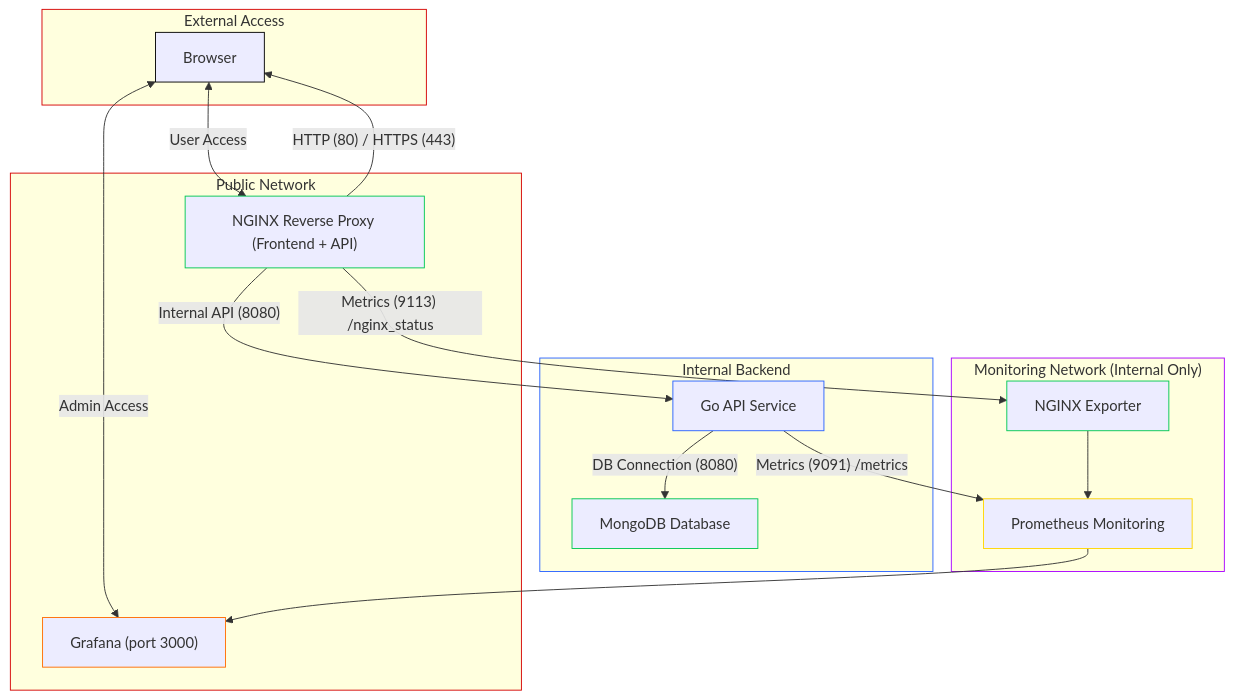
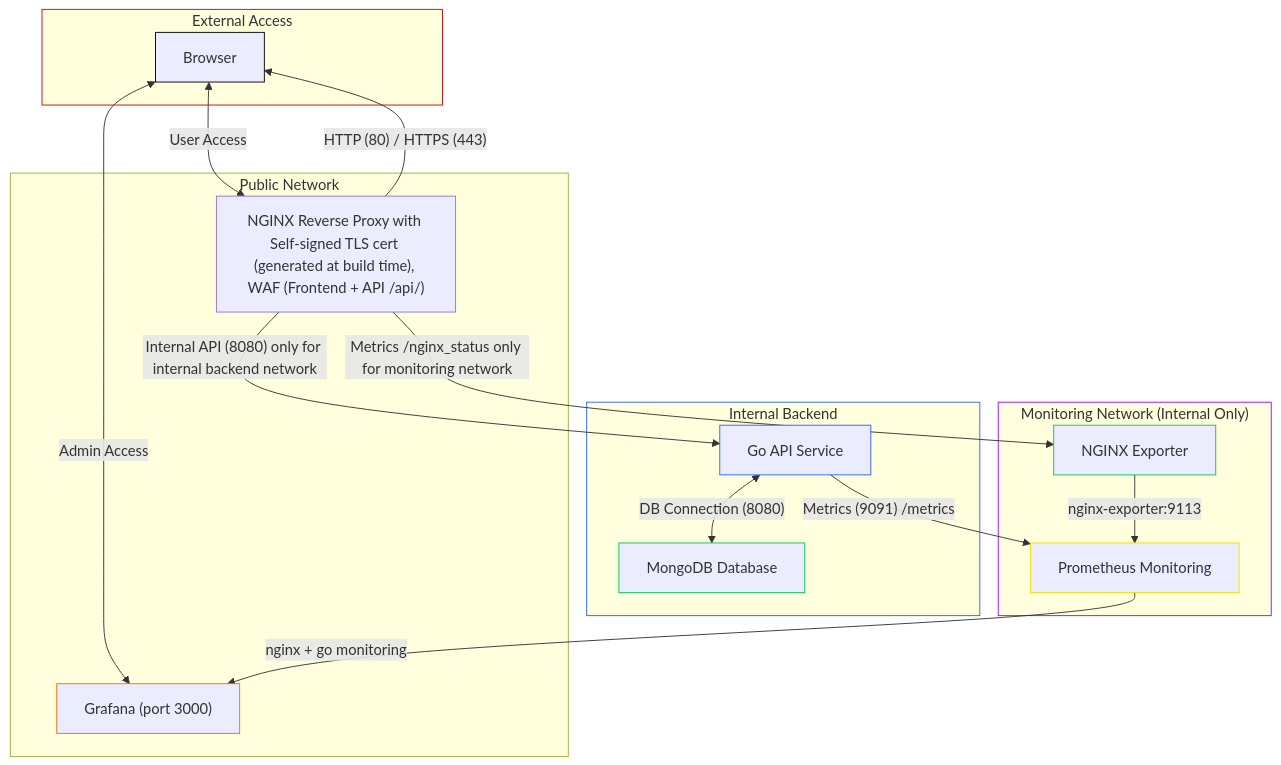
One commit to KrzysztofMarciniak/go-alpinejs-mongodb-stack changed the first of 2 diagrams in README.md. Above: the diagram before and after it, drawn with Mermaid. The commit also changed 6 other files, not shown here.

````diff
--- a/README.md
+++ b/README.md
@@ -4,38 +4,37 @@
 ```mermaid
 flowchart TD
  subgraph External_Access["External Access"]
         Browser["Browser"]
   end
  subgraph Public_Network["Public Network"]
-        NGINX["NGINX Reverse Proxy (Frontend + API)"]
+        NGINX["NGINX Reverse Proxy with Self-signed TLS cert (generated at build time), WAF (Frontend + API /api/)"]
         Grafana["Grafana (port 3000)"]
   end
  subgraph Internal_Backend["Internal Backend"]
         GoAPI["Go API Service"]
         MongoDB["MongoDB Database"]
   end
  subgraph Monitoring_Network["Monitoring Network (Internal Only)"]
         NGINX_Exporter["NGINX Exporter"]
         Prometheus["Prometheus Monitoring"]
   end
     Browser <-- User Access --> NGINX
     Browser <-- Admin Access --> Grafana
     NGINX -- HTTP (80) / HTTPS (443) --> Browser
-    NGINX -- Internal API (8080) --> GoAPI
-    GoAPI -- DB Connection (8080) --> MongoDB
-    NGINX -- Metrics (9113) /nginx_status --> NGINX_Exporter
+    NGINX -- Internal API (8080) only for internal backend network --> GoAPI
+    GoAPI <-- DB Connection (8080) --> MongoDB
+    NGINX -- Metrics /nginx_status only for monitoring network --> NGINX_Exporter
     GoAPI -- Metrics (9091) /metrics --> Prometheus
-    NGINX_Exporter --> Prometheus
-    Prometheus --> Grafana
+    NGINX_Exporter -- "nginx-exporter:9113" --> Prometheus
+    Prometheus -- nginx + go monitoring --> Grafana
+
     style Browser stroke:#000000
-    style NGINX stroke:#00C853
     style Grafana stroke:#FF6D00
     style GoAPI stroke:#2962FF
     style MongoDB stroke:#00C853
     style NGINX_Exporter stroke:#00C853
     style Prometheus stroke:#FFD600
     style External_Access stroke:#D50000
-    style Public_Network stroke:#D50000
     style Internal_Backend stroke:#2962FF
     style Monitoring_Network stroke:#AA00FF
 ```
````
